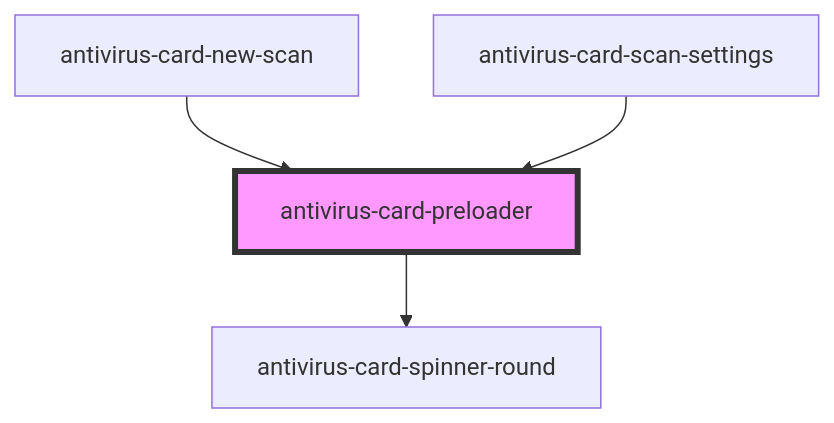
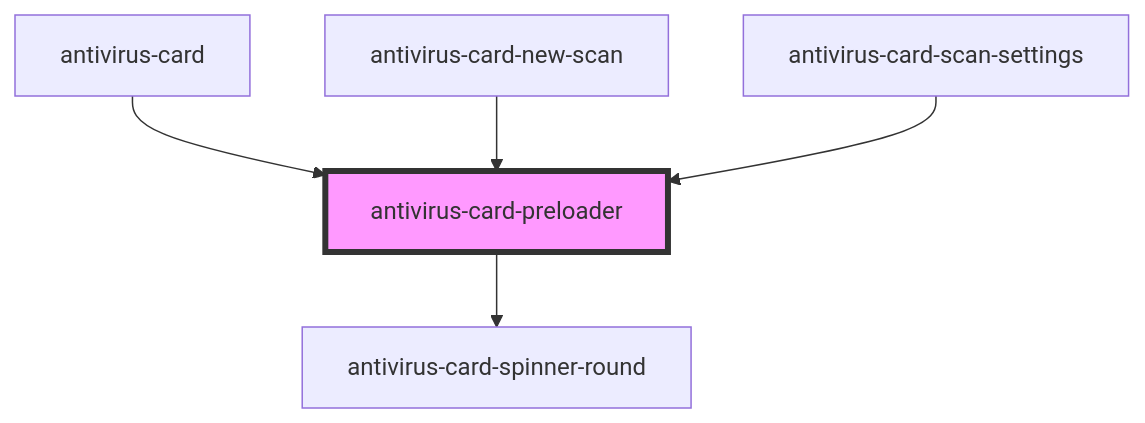
One commit to ispsystem/plugin-imunify changed the diagram in client/packages/antivirus-card/src/components/preloader/readme.md. Above: the diagram before and after it, drawn with Mermaid. The commit also changed other lines of this file and 4 other files, not shown here.

First line of the commit message:
docs(antivirus-card): 📚 update readme and jsdoc for components

````diff
--- a/client/packages/antivirus-card/src/components/preloader/readme.md
+++ b/client/packages/antivirus-card/src/components/preloader/readme.md
@@ -33,7 +35,8 @@
 ```mermaid
 graph TD;
   antivirus-card-preloader --> antivirus-card-spinner-round
+  antivirus-card --> antivirus-card-preloader
   antivirus-card-new-scan --> antivirus-card-preloader
   antivirus-card-scan-settings --> antivirus-card-preloader
   style antivirus-card-preloader fill:#f9f,stroke:#333,stroke-width:4px
 ```
````
